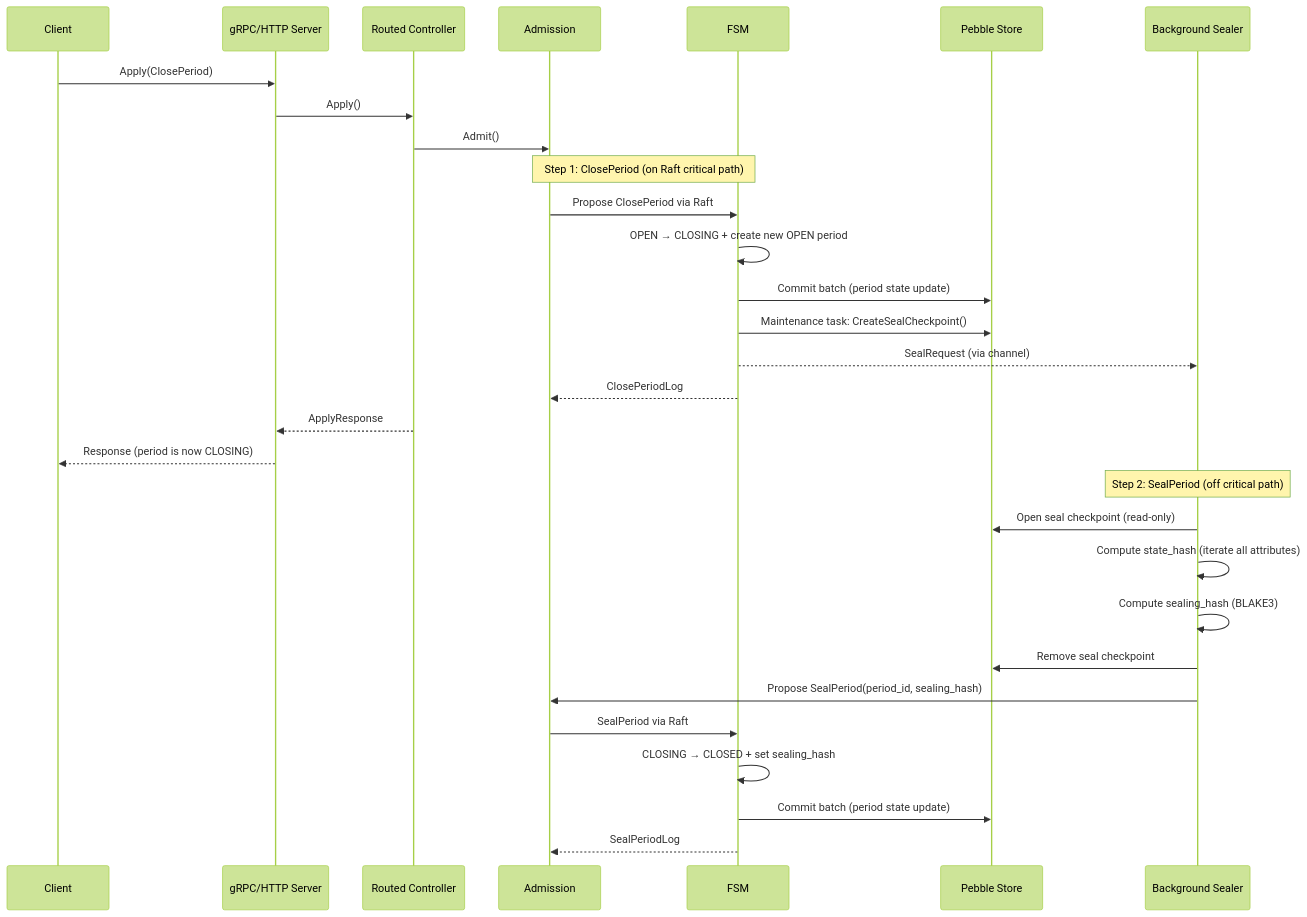
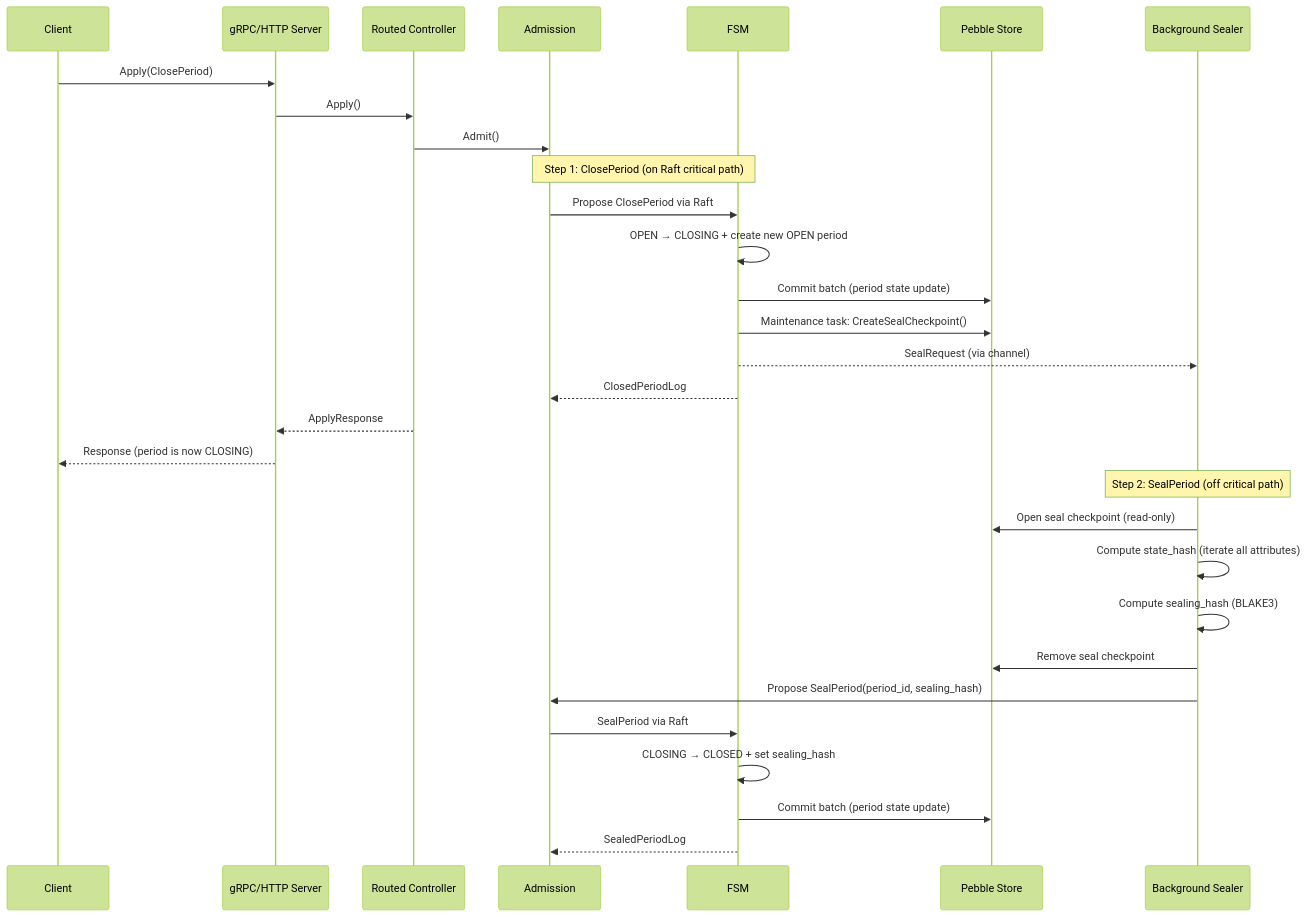
Diagram 11 of 11 in docs/technical/architecture/data-model/data-flows.md (formancehq/ledger), drawn with Mermaid (forest theme) before and after one commit. The commit also changed 41 other files, not shown here.

````diff
--- a/docs/technical/architecture/data-model/data-flows.md
+++ b/docs/technical/architecture/data-model/data-flows.md
@@ -709,37 +709,37 @@
 ```mermaid
 sequenceDiagram
     participant Client
     participant API as gRPC/HTTP Server
     participant Ctrl as Routed Controller
     participant Admission
     participant FSM
     participant Store as Pebble Store
     participant Sealer as Background Sealer
 
     Client->>API: Apply(ClosePeriod)
     API->>Ctrl: Apply()
     Ctrl->>Admission: Admit()
 
     Note over Admission,FSM: Step 1: ClosePeriod (on Raft critical path)
     Admission->>FSM: Propose ClosePeriod via Raft
     FSM->>FSM: OPEN → CLOSING + create new OPEN period
     FSM->>Store: Commit batch (period state update)
     FSM->>Store: Maintenance task: CreateSealCheckpoint()
     FSM-->>Sealer: SealRequest (via channel)
-    FSM-->>Admission: ClosePeriodLog
+    FSM-->>Admission: ClosedPeriodLog
 
     Ctrl-->>API: ApplyResponse
     API-->>Client: Response (period is now CLOSING)
 
     Note over Sealer: Step 2: SealPeriod (off critical path)
     Sealer->>Store: Open seal checkpoint (read-only)
     Sealer->>Sealer: Compute state_hash (iterate all attributes)
     Sealer->>Sealer: Compute sealing_hash (BLAKE3)
     Sealer->>Store: Remove seal checkpoint
 
     Sealer->>Admission: Propose SealPeriod(period_id, sealing_hash)
     Admission->>FSM: SealPeriod via Raft
     FSM->>FSM: CLOSING → CLOSED + set sealing_hash
     FSM->>Store: Commit batch (period state update)
-    FSM-->>Admission: SealPeriodLog
+    FSM-->>Admission: SealedPeriodLog
 ```
````
